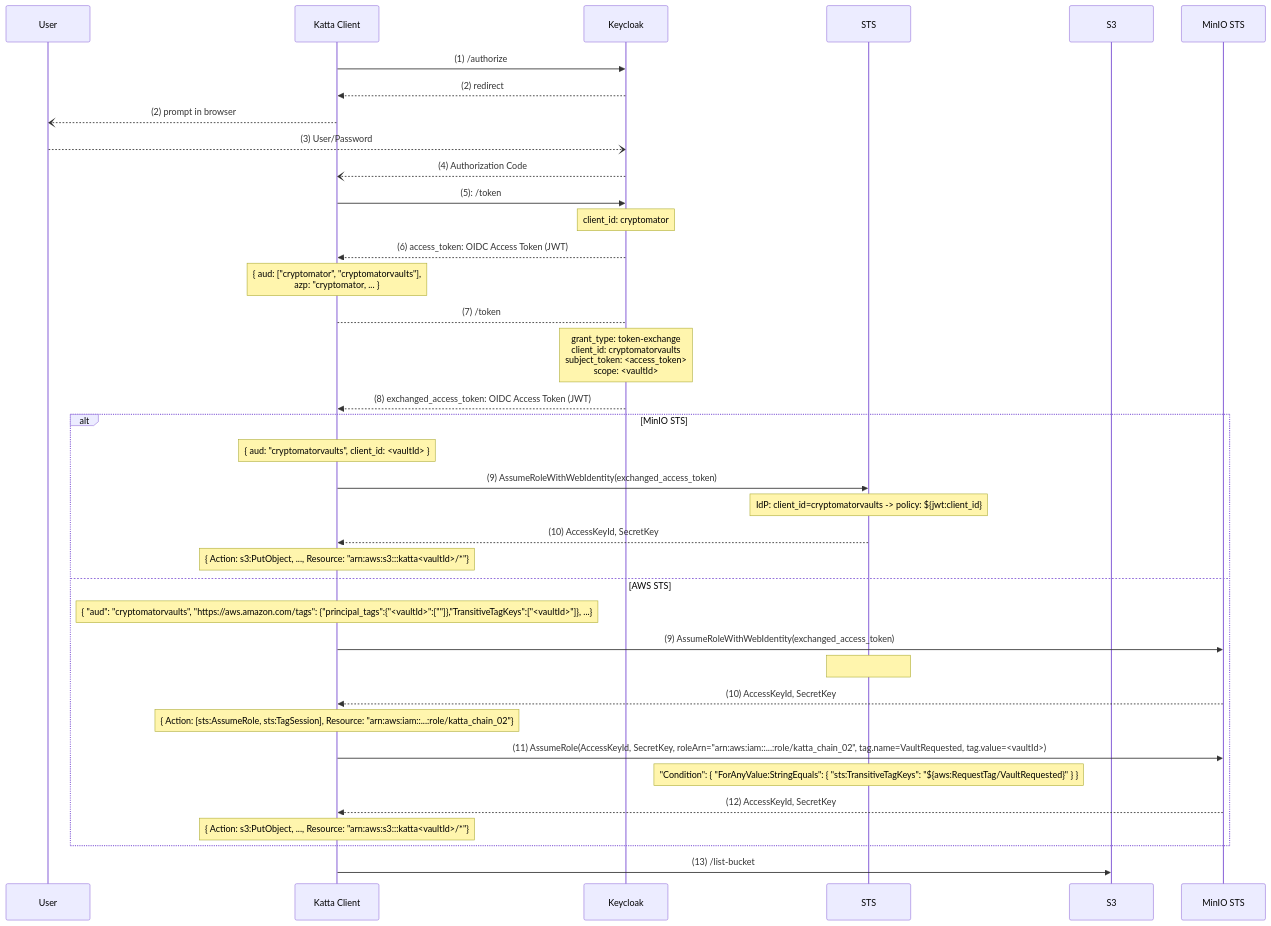
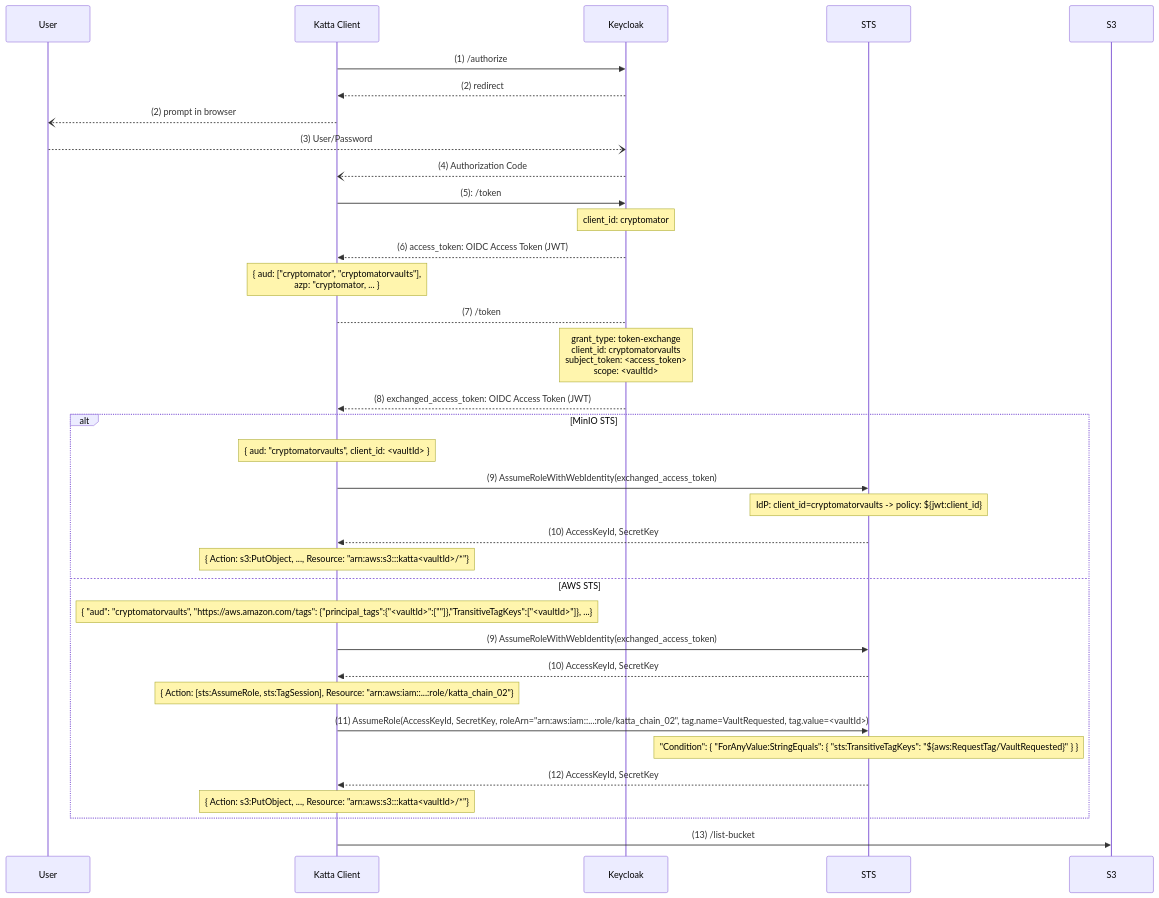
Before and after one commit to shift7-ch/katta-docs: the diagram in docs/arch/TOKENS.md, drawn with Mermaid. The commit also changed other lines of this file and 9 other files, not shown here.

````diff
--- a/docs/arch/TOKENS.md
+++ b/docs/arch/TOKENS.md
@@ -70,40 +69,39 @@
 ```mermaid
 sequenceDiagram
     participant User
     participant Katta Client
     participant Keycloak
     participant STS
     participant S3
     Katta Client ->> Keycloak: (1) /authorize
     Keycloak -->> Katta Client: (2) redirect
     Katta Client --) User: (2) prompt in browser
     User --) Keycloak: (3) User/Password
     Keycloak --) Katta Client: (4) Authorization Code
     Katta Client ->> Keycloak: (5): /token
     Note over Keycloak: client_id: cryptomator
     Keycloak -->> Katta Client: (6) access_token: OIDC Access Token (JWT)
     Note over Katta Client: { aud: ["cryptomator", "cryptomatorvaults"], <br/>azp: "cryptomator, ... }
     Katta Client --> Keycloak: (7) /token
     Note over Keycloak: grant_type: token-exchange<br/>client_id: cryptomatorvaults <br/> subject_token: <access_token><br/> scope: <vaultId>
     Keycloak -->> Katta Client: (8) exchanged_access_token: OIDC Access Token (JWT)
 alt MinIO STS
 Note over Katta Client: { aud: "cryptomatorvaults", client_id: <vaultId> }
 Katta Client ->> STS: (9) AssumeRoleWithWebIdentity(exchanged_access_token)
 Note over STS: IdP: client_id=cryptomatorvaults -> policy: ${jwt:client_id}
 STS -->> Katta Client: (10) AccessKeyId, SecretKey
 Note over Katta Client: { Action: s3:PutObject, ..., Resource: "arn:aws:s3:::katta<vaultId>/*"}
 else AWS STS
 Note over Katta Client: { "aud": "cryptomatorvaults", "https://aws.amazon.com/tags": {"principal_tags":{"<vaultId>":[""]},"TransitiveTagKeys":["<vaultId>"]}, ...}
-Katta Client ->> MinIO STS: (9) AssumeRoleWithWebIdentity(exchanged_access_token)
-Note over STS: 
-        MinIO STS -->> Katta Client: (10) AccessKeyId, SecretKey
+Katta Client ->> STS: (9) AssumeRoleWithWebIdentity(exchanged_access_token)
+STS -->> Katta Client: (10) AccessKeyId, SecretKey
 Note over Katta Client: { Action: [sts:AssumeRole, sts:TagSession], Resource: "arn:aws:iam::...:role/katta_chain_02"}
-Katta Client ->> MinIO STS: (11) AssumeRole(AccessKeyId, SecretKey, roleArn="arn:aws:iam::...:role/katta_chain_02", tag.name=VaultRequested, tag.value=<vaultId>)
+Katta Client ->> STS: (11) AssumeRole(AccessKeyId, SecretKey, roleArn="arn:aws:iam::...:role/katta_chain_02", tag.name=VaultRequested, tag.value=<vaultId>)
 Note over STS: "Condition": { "ForAnyValue:StringEquals": { "sts:TransitiveTagKeys": "${aws:RequestTag/VaultRequested}" } }
-MinIO STS -->> Katta Client: (12) AccessKeyId, SecretKey
+STS -->> Katta Client: (12) AccessKeyId, SecretKey
 Note over Katta Client: { Action: s3:PutObject, ..., Resource: "arn:aws:s3:::katta<vaultId>/*"}
 end
 Katta Client ->> S3: (13) /list-bucket
 
 
 ```
````
